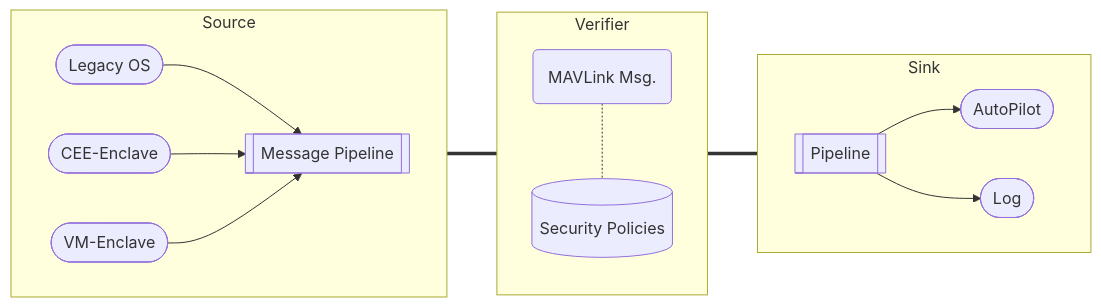
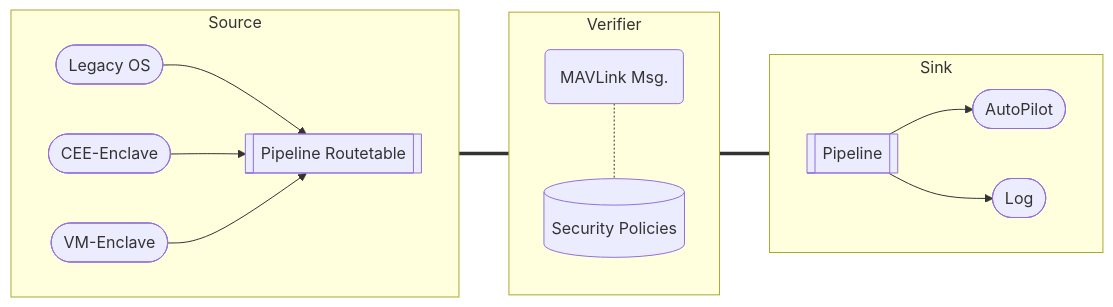
The diagram in README.md (chrihop/Secure_MAVLink_Gateway), drawn with Mermaid before and after one commit. The commit also changed 9 other files, not shown here.

````diff
--- a/README.md
+++ b/README.md
@@ -3,29 +3,29 @@
 ```mermaid
 flowchart LR;
   src1([Legacy OS])
   src2([CEE-Enclave])
   src3([VM-Enclave])
   msg1(MAVLink Msg.)
   sp[(Security Policies)]
-  pipeline[[Message Pipeline]]
+  pipeline[[Pipeline Routetable]]
   pipeline2[[Pipeline]]
   sink1([AutoPilot])
   sink2([Log])
   subgraph Source
     direction LR
     src1 --> pipeline
     src2 --> pipeline
     src3 --> pipeline
   end
   pipeline === msg1
   msg1 === pipeline2
   subgraph Sink
     direction LR
     pipeline2 --> sink1
     pipeline2 --> sink2
   end
   subgraph Verifier
     direction TB
     msg1 -.- sp
   end
 ```
````
